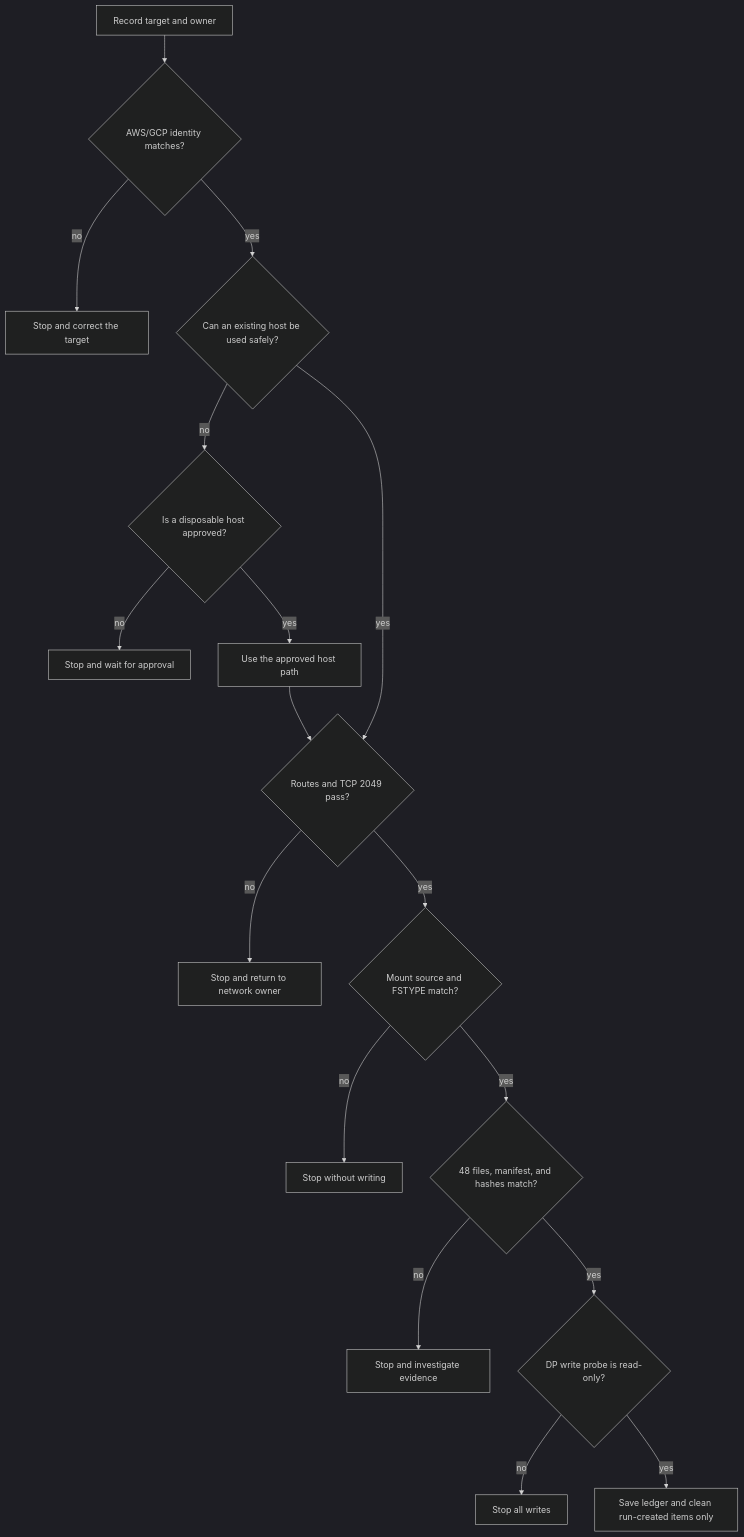
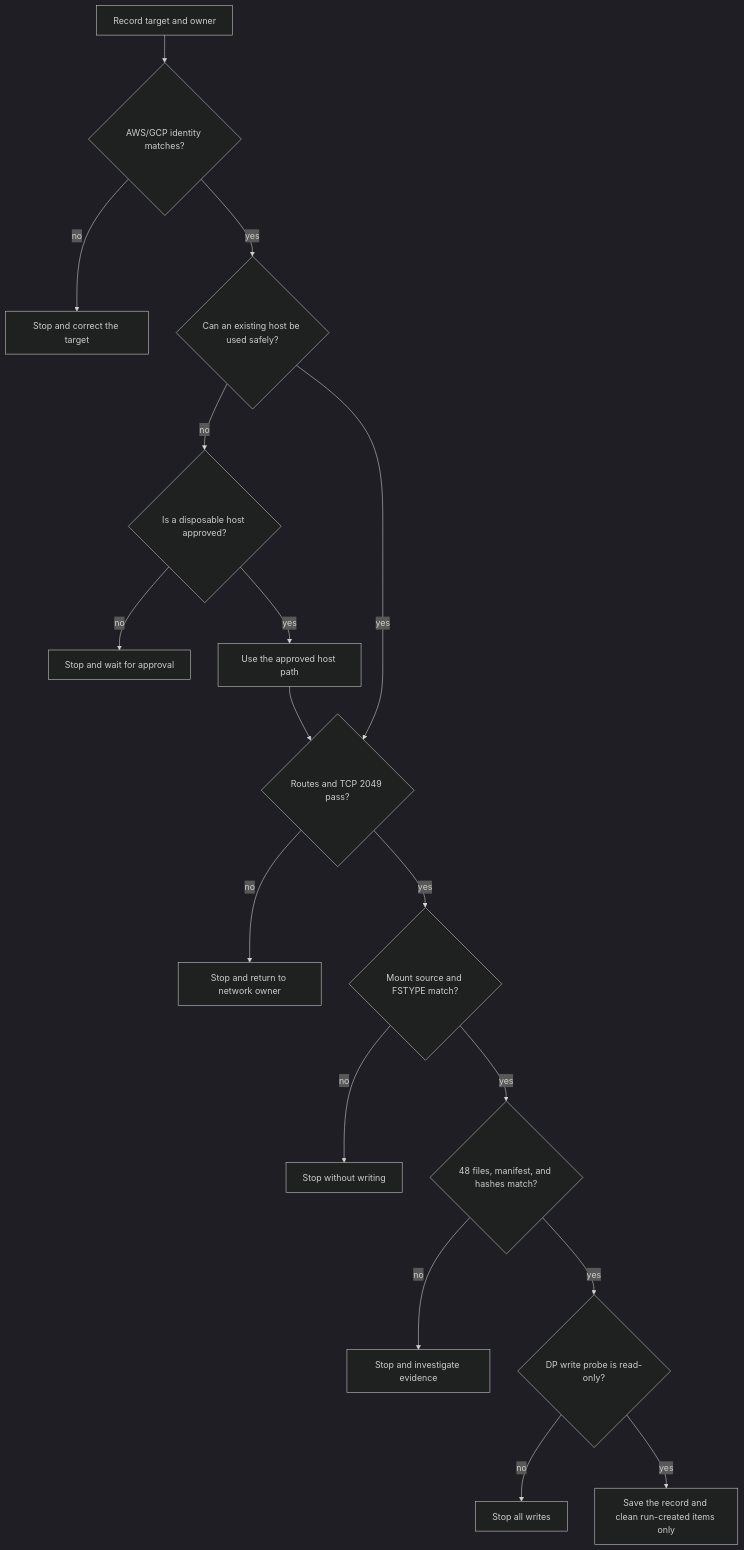
Before and after one commit to Yoshiki0705/FSx-for-ONTAP-Adoption-Playbook: the diagram in docs/en/reference/gcp-to-fsx-ontap-preflight-and-sample-validation.md, drawn with Mermaid (dark theme). The commit also changed other lines of this file and 11 other files, not shown here.

First line of the commit message:
docs: say "private record" where pages said "ledger"

````diff
--- a/docs/en/reference/gcp-to-fsx-ontap-preflight-and-sample-validation.md
+++ b/docs/en/reference/gcp-to-fsx-ontap-preflight-and-sample-validation.md
@@ -75,19 +75,19 @@
 ```mermaid
 flowchart TD
     A[Record target and owner] --> B{AWS/GCP identity matches?}
     B -- no --> STOP1[Stop and correct the target]
     B -- yes --> C{Can an existing host be used safely?}
     C -- no --> D{Is a disposable host approved?}
     D -- no --> STOP2[Stop and wait for approval]
     D -- yes --> E[Use the approved host path]
     C -- yes --> F{Routes and TCP 2049 pass?}
     E --> F
     F -- no --> STOP3[Stop and return to network owner]
     F -- yes --> G{Mount source and FSTYPE match?}
     G -- no --> STOP4[Stop without writing]
     G -- yes --> H{48 files, manifest, and hashes match?}
     H -- no --> STOP5[Stop and investigate evidence]
     H -- yes --> I{DP write probe is read-only?}
     I -- no --> STOP6[Stop all writes]
-    I -- yes --> J[Save ledger and clean run-created items only]
+    I -- yes --> J[Save the record and clean run-created items only]
 ```
````
